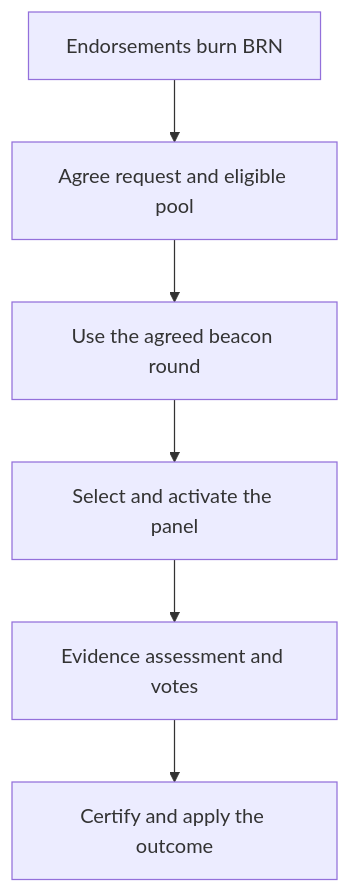
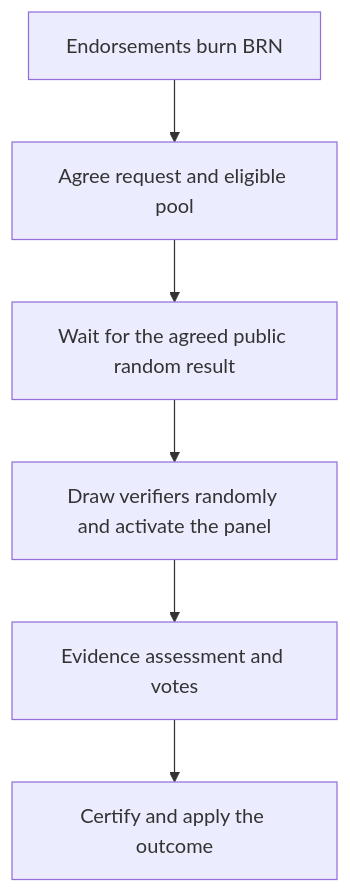
Before and after one commit to BURST-UBI/protocol: the diagram in docs/protocol/VERIFICATION.md, drawn with Mermaid. The commit also changed other lines of this file and 3 other files, not shown here.

Commit message:
Explain random verifier selection and why the draw is fair

````diff
--- a/docs/protocol/VERIFICATION.md
+++ b/docs/protocol/VERIFICATION.md
@@ -32,10 +37,10 @@
 ```mermaid
 flowchart TD
     accTitle: Ordinary verification
-    accDescr: Endorsers burn BRN. The network agrees the request and eligible pool, uses an agreed beacon round to select and activate a panel, then certifies and applies the outcome of its assessment and votes.
+    accDescr: Endorsers burn BRN. The network agrees the request and eligible pool, uses a future public random result to draw and activate a panel of verifiers, then certifies and applies the outcome of its assessment and votes.
     A[Endorsements burn BRN] --> B[Agree request and eligible pool]
-    B --> C[Use the agreed beacon round]
-    C --> D[Select and activate the panel]
+    B --> C[Wait for the agreed public random result]
+    C --> D[Draw verifiers randomly and activate the panel]
     D --> E[Evidence assessment and votes]
     E --> F[Certify and apply the outcome]
 ```
````
